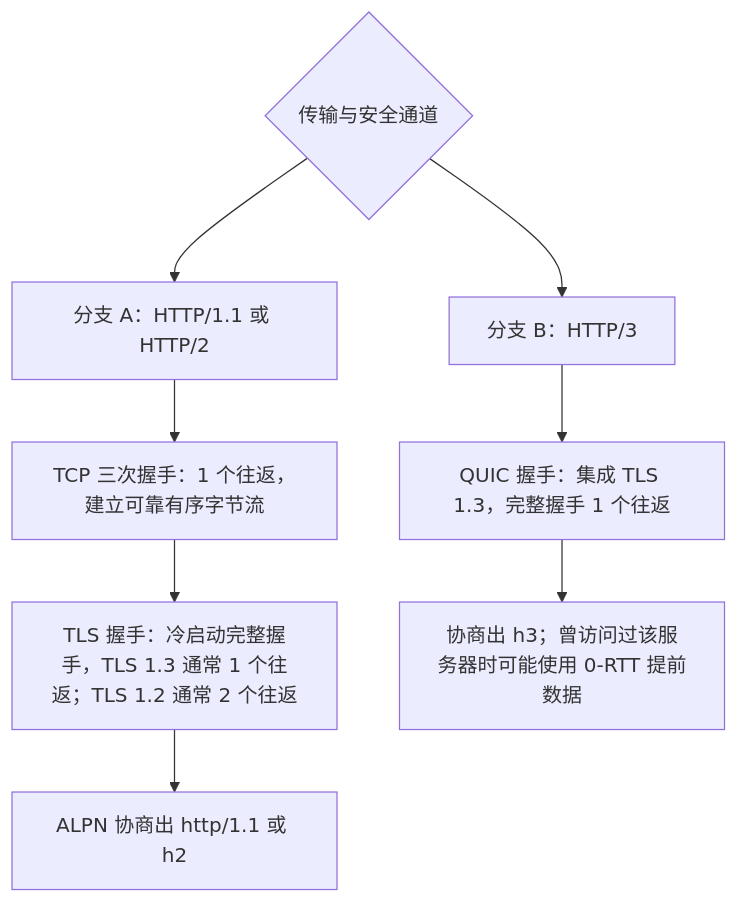
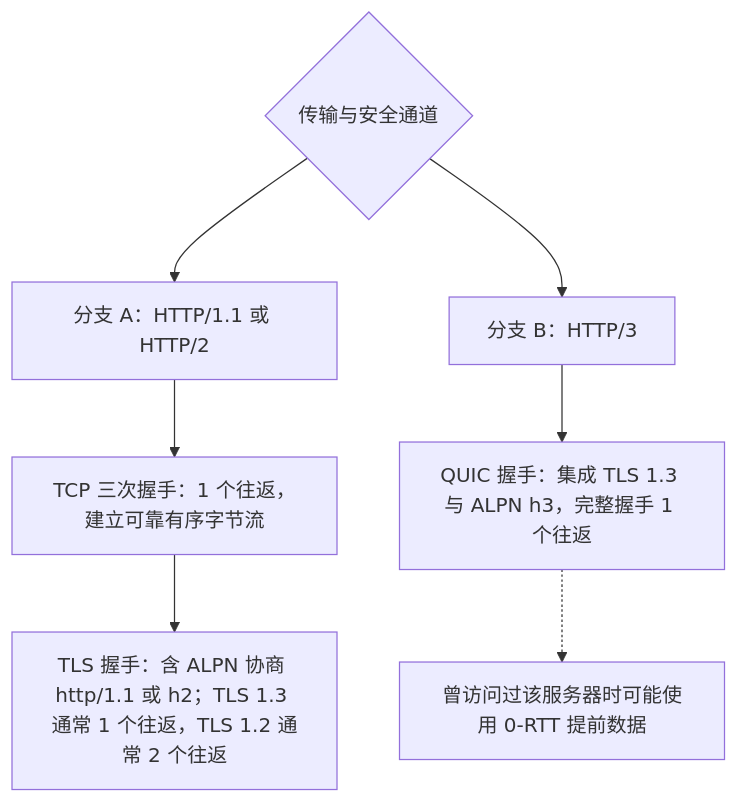
The second of 3 diagrams in content/cs101/04-计算机网络/06-一次网络请求的完整旅程.md (xiehanff/myblog), drawn with Mermaid before and after one commit. The commit also changed 16 other files, not shown here.

First line of the commit message:
docs: 替换旧图片为 Mermaid 图表并完善内容说明

````diff
--- a/content/cs101/04-计算机网络/06-一次网络请求的完整旅程.md
+++ b/content/cs101/04-计算机网络/06-一次网络请求的完整旅程.md
@@ -182,11 +182,10 @@
 ```mermaid
 flowchart TD
     A{传输与安全通道}
     A --> B[分支 A：HTTP/1.1 或 HTTP/2]
     B --> C[TCP 三次握手：1 个往返，建立可靠有序字节流]
-    C --> D[TLS 握手：冷启动完整握手，TLS 1.3 通常 1 个往返；TLS 1.2 通常 2 个往返]
-    D --> E[ALPN 协商出 http/1.1 或 h2]
+    C --> D[TLS 握手：含 ALPN 协商 http/1.1 或 h2；TLS 1.3 通常 1 个往返，TLS 1.2 通常 2 个往返]
     A --> F[分支 B：HTTP/3]
-    F --> G[QUIC 握手：集成 TLS 1.3，完整握手 1 个往返]
-    G --> H[协商出 h3；曾访问过该服务器时可能使用 0-RTT 提前数据]
+    F --> G[QUIC 握手：集成 TLS 1.3 与 ALPN h3，完整握手 1 个往返]
+    G -.-> H[曾访问过该服务器时可能使用 0-RTT 提前数据]
 ```
````
